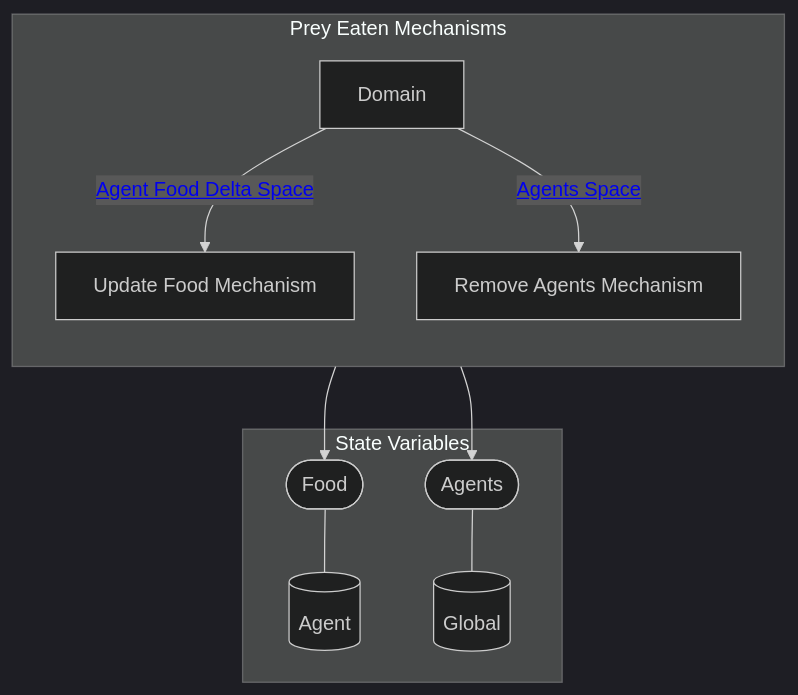
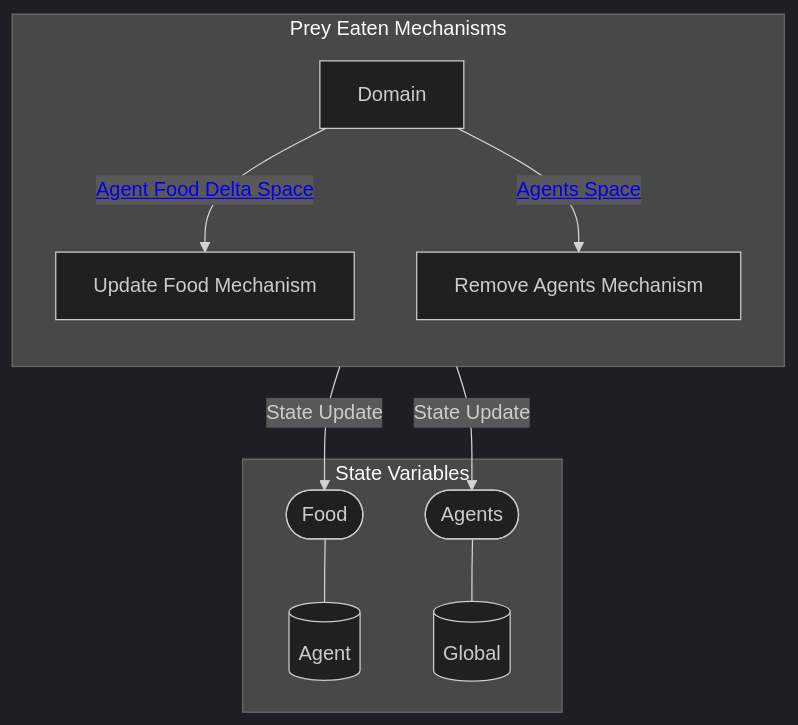
Before and after one commit to BlockScience/Predator-Prey-MSML: the second of 2 diagrams in reports/obsidian/Wiring/Prey Eaten Mechanisms.md, drawn with Mermaid (dark theme). The commit also changed other lines of this file and 35 other files, not shown here.

````diff
--- a/reports/obsidian/Wiring/Prey Eaten Mechanisms.md
+++ b/reports/obsidian/Wiring/Prey Eaten Mechanisms.md
@@ -39,32 +39,32 @@
 ```mermaid
 graph TB
 
 subgraph SVS["State Variables"]
 EE0[("Agent")]
 EE1[("Global")]
 EES0(["Food"])
 EES0 --- EE0
 EES1(["Agents"])
 EES1 --- EE1
 end
 
 subgraph X5["Prey Eaten Mechanisms"]
 direction TB
 X1["Update Food Mechanism"]
-X1 --> EES0
+X1 --"State Update"--> EES0
 X2["Remove Agents Mechanism"]
-X2 --> EES1
+X2 --"State Update"--> EES1
 X3[Domain]
 
 direction LR
 direction TB
 X3 --"<a href='Agent Food Delta Space' class=internal-link>Agent Food Delta Space</a>"--> X1
 X3 --"<a href='Agents Space' class=internal-link>Agents Space</a>"--> X2
 end
 class X1 internal-link;
 class X2 internal-link;
 class X4 internal-link;
 class EE0 internal-link;
 class EE1 internal-link;
 
 ```
````
